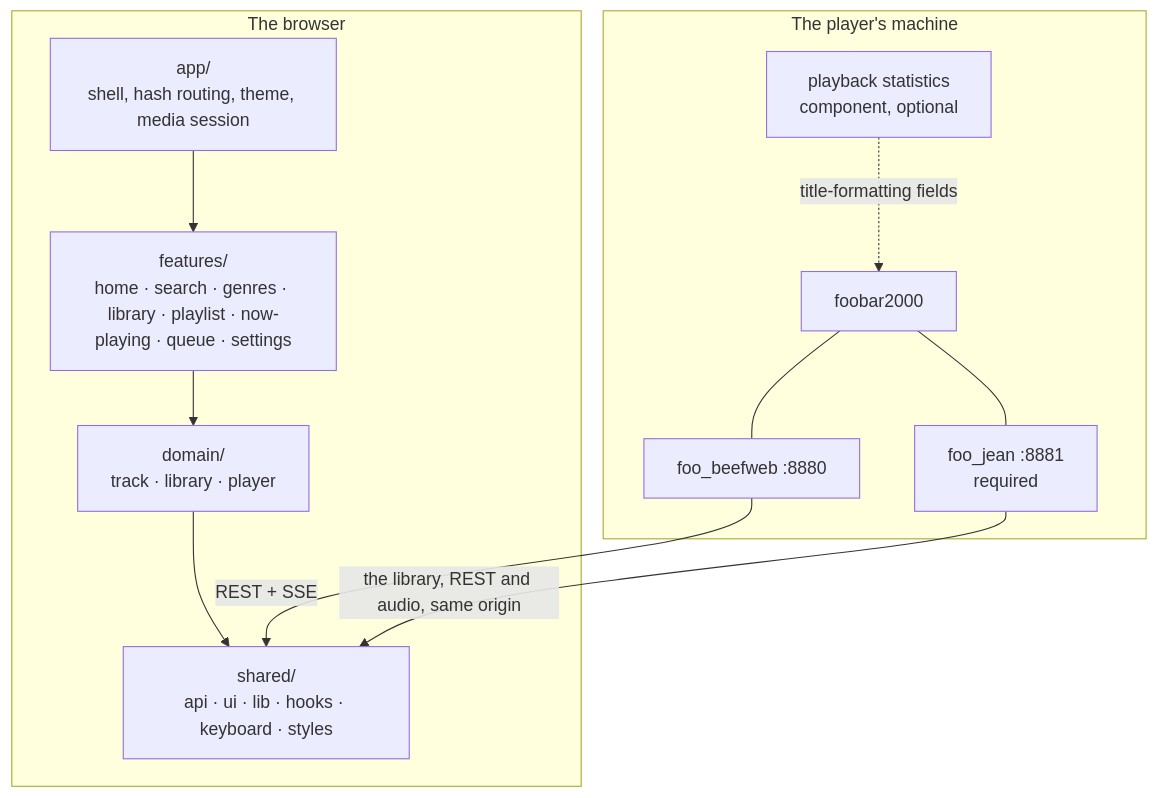
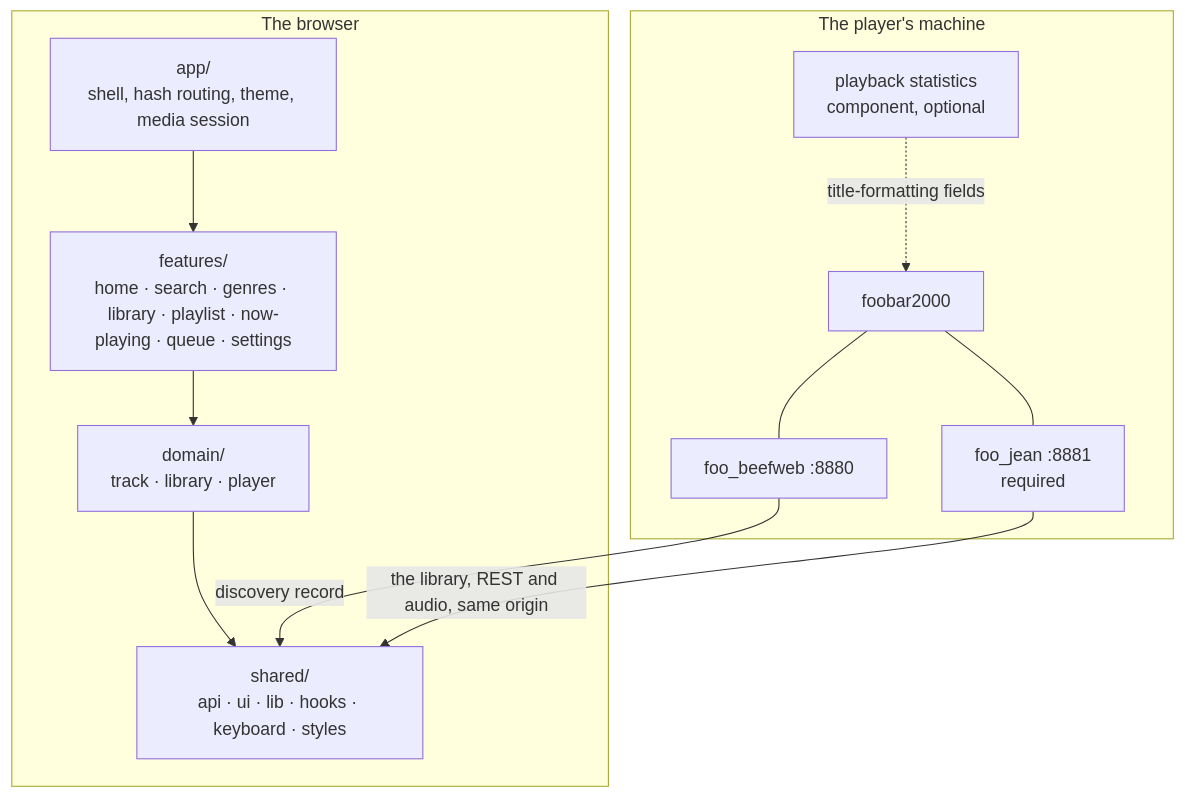
The first of 2 diagrams in ui/ARCHITECTURE.md (enrique-ramirez/jean), drawn with Mermaid before and after one commit. The commit also changed other lines of this file and 30 other files, not shown here.

````diff
--- a/ui/ARCHITECTURE.md
+++ b/ui/ARCHITECTURE.md
@@ -9,25 +9,25 @@
 ```mermaid
 flowchart TB
   subgraph machine["The player's machine"]
     fb["foobar2000"]
     bw["foo_beefweb :8880"]
     fj["foo_jean :8881<br/>required"]
     stats["playback statistics<br/>component, optional"]
     fb --- bw
     fb --- fj
     stats -.->|title-formatting fields| fb
   end
 
   subgraph browser["The browser"]
     app["app/<br/>shell, hash routing, theme, media session"]
     features["features/<br/>home · search · genres · library · playlist · now-playing · queue · settings"]
     domain["domain/<br/>track · library · player"]
     shared["shared/<br/>api · ui · lib · hooks · keyboard · styles"]
     app --> features
     features --> domain
     domain --> shared
   end
 
-  bw -->|"REST + SSE"| shared
+  bw -->|"discovery record"| shared
   fj -->|"the library, REST and audio, same origin"| shared
 ```
````
